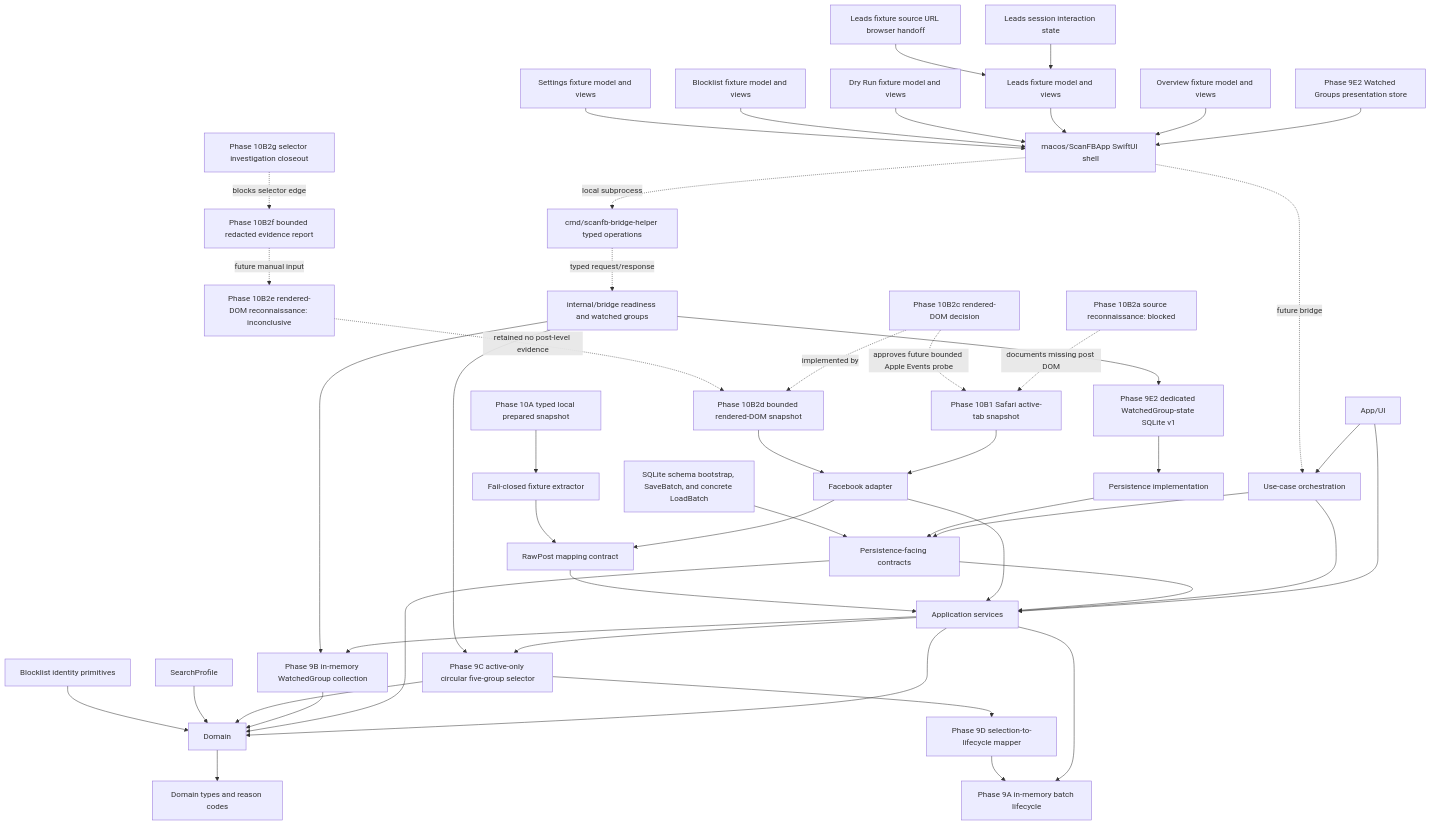
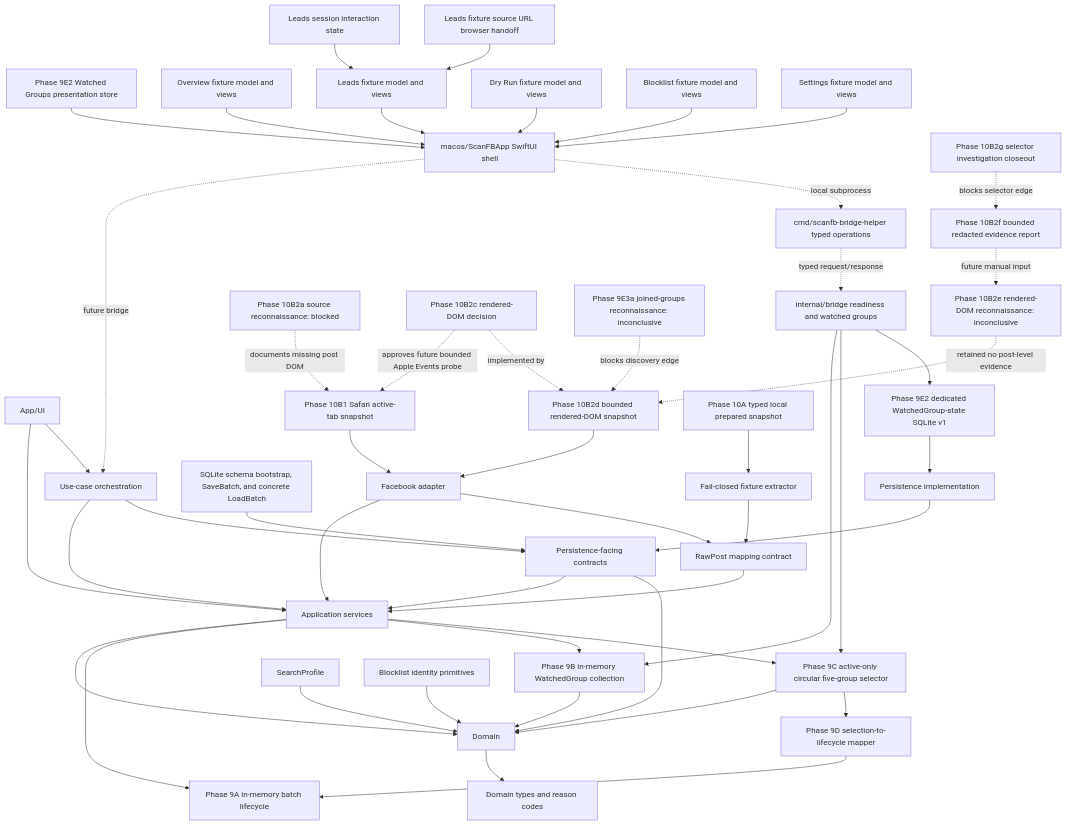
One commit to soleda2026/ScanFB changed the diagram in docs/CODE_GRAPH.md. Above: the diagram before and after it, drawn with Mermaid. The commit also changed other lines of this file and 5 other files, not shown here.

Commit message:
docs(facebook): record joined groups reconnaissance

````diff
--- a/docs/CODE_GRAPH.md
+++ b/docs/CODE_GRAPH.md
@@ -7,51 +7,52 @@
 ```mermaid
 flowchart TD
     UI["App/UI"] --> APP["Application services"]
     UI --> ORCH["Use-case orchestration"]
     ORCH --> APP
     ORCH --> PERSIST_CONTRACT
     APP --> DOMAIN["Domain"]
     PERSIST_CONTRACT["Persistence-facing contracts"] --> APP
     PERSIST_CONTRACT --> DOMAIN
     PERSIST_IMPL["Persistence implementation"] --> PERSIST_CONTRACT
     SQLITE["SQLite schema bootstrap, SaveBatch, and concrete LoadBatch"] --> PERSIST_CONTRACT
     WATCHED_STATE["Phase 9E2 dedicated WatchedGroup-state SQLite v1"] --> PERSIST_IMPL
     MACOS_APP["macos/ScanFBApp SwiftUI shell"] -.future bridge.-> ORCH
     BRIDGE_HELPER["cmd/scanfb-bridge-helper typed operations"] -.typed request/response.-> BRIDGE_CORE
     BRIDGE_CORE["internal/bridge readiness and watched groups"]
     MACOS_APP -.local subprocess.-> BRIDGE_HELPER
     GROUPS_UI["Phase 9E2 Watched Groups presentation store"] --> MACOS_APP
     OVERVIEW_FIXTURE["Overview fixture model and views"] --> MACOS_APP
     LEADS_FIXTURE["Leads fixture model and views"] --> MACOS_APP
     LEADS_INTERACTION_STATE["Leads session interaction state"] --> LEADS_FIXTURE
     LEADS_BROWSER_HANDOFF["Leads fixture source URL browser handoff"] --> LEADS_FIXTURE
     DRYRUN_FIXTURE["Dry Run fixture model and views"] --> MACOS_APP
     BLOCKLIST_FIXTURE["Blocklist fixture model and views"] --> MACOS_APP
     SETTINGS_FIXTURE["Settings fixture model and views"] --> MACOS_APP
     FB["Facebook adapter"] --> APP
     FB --> RAW["RawPost mapping contract"]
     SAFARI_ACTIVE_TAB["Phase 10B1 Safari active-tab snapshot"] --> FB
     DOM_RECON["Phase 10B2a source reconnaissance: blocked"] -.documents missing post DOM.-> SAFARI_ACTIVE_TAB
     RENDERED_DOM_DECISION["Phase 10B2c rendered-DOM decision"] -.approves future bounded Apple Events probe.-> SAFARI_ACTIVE_TAB
     RENDERED_DOM["Phase 10B2d bounded rendered-DOM snapshot"] --> FB
     RENDERED_DOM_DECISION -.implemented by.-> RENDERED_DOM
+    JOINED_GROUP_RECON["Phase 9E3a joined-groups reconnaissance: inconclusive"] -.blocks discovery edge.-> RENDERED_DOM
     RENDERED_DOM_RECON["Phase 10B2e rendered-DOM reconnaissance: inconclusive"] -.retained no post-level evidence.-> RENDERED_DOM
     REDACTED_RECON_REPORT["Phase 10B2f bounded redacted evidence report"] -.future manual input.-> RENDERED_DOM_RECON
     RENDERED_DOM_CLOSEOUT["Phase 10B2g selector investigation closeout"] -.blocks selector edge.-> REDACTED_RECON_REPORT
     PREPARED_PAGE["Phase 10A typed local prepared snapshot"] --> PREPARED_EXTRACTOR["Fail-closed fixture extractor"]
     PREPARED_EXTRACTOR --> RAW
     RAW --> APP
     APP --> LIFECYCLE["Phase 9A in-memory batch lifecycle"]
     APP --> WATCHED_GROUPS["Phase 9B in-memory WatchedGroup collection"]
     WATCHED_GROUPS --> DOMAIN
     APP --> GROUP_SELECTOR["Phase 9C active-only circular five-group selector"]
     GROUP_SELECTOR --> DOMAIN
     BRIDGE_CORE --> WATCHED_GROUPS
     BRIDGE_CORE --> GROUP_SELECTOR
     BRIDGE_CORE --> WATCHED_STATE
     GROUP_SELECTOR --> LIFECYCLE_MAPPER["Phase 9D selection-to-lifecycle mapper"]
     LIFECYCLE_MAPPER --> LIFECYCLE
     PROFILE["SearchProfile"] --> DOMAIN
     DOMAIN --> TYPES["Domain types and reason codes"]
     BLOCKLIST["Blocklist identity primitives"] --> DOMAIN
 ```
````
